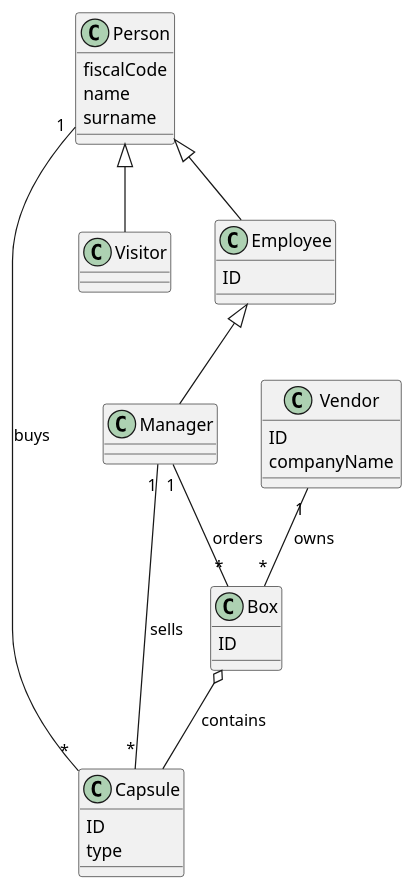
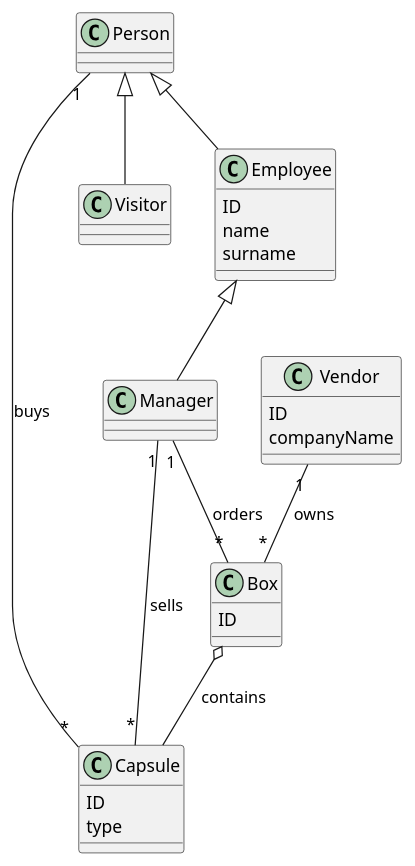
The third of 4 diagrams in requirements.md (s41m0n/LaTazza), drawn with PlantUML before and after one commit.

Commit message:
fix issue #2

````diff
--- a/requirements.md
+++ b/requirements.md
@@ -282,40 +282,39 @@
 ```plantuml
 class Person {
-  fiscalCode
-  name
-  surname
 }
 
 class Manager {
 }
 
 class Employee {
   ID
+  name
+  surname
 }
 
 class Visitor {
 }
 
 class Capsule {
   ID
   type
 }
 
 class Box {
   ID
 }
 
 class Vendor {
   ID
   companyName
 }
 
 Employee <|-- Manager
 Person <|-- Employee
 Person <|-- Visitor
 Vendor "1" -- "*" Box : owns
 Box o-- Capsule : contains
 Manager "1" -- "*" Capsule : sells
 Manager "1" -- "*" Box : orders
 Person "1" -- "*" Capsule : buys
 ```
````
